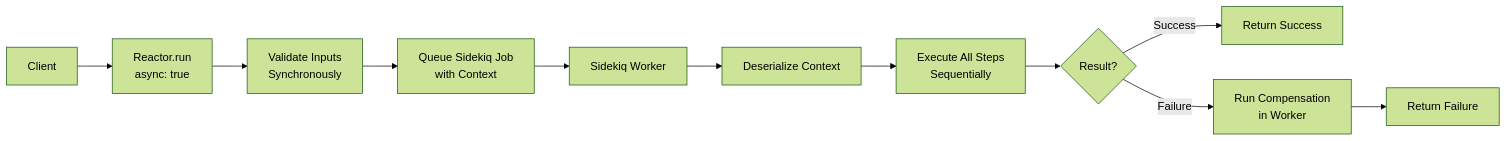
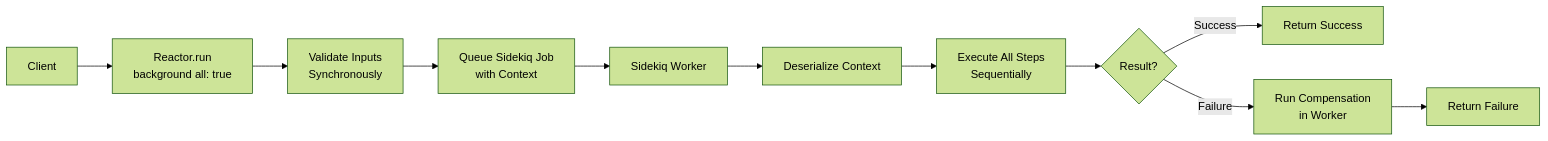
One commit to arturictus/ruby_reactor changed the first of 2 diagrams in documentation/async_reactors.md. Above: the diagram before and after it, drawn with Mermaid (forest theme). The commit also changed other lines of this file and 187 other files, not shown here.

First line of the commit message:
feat: Async steps and reactors, background DSL instead of `async` (#46)

````diff
--- a/documentation/async_reactors.md
+++ b/documentation/async_reactors.md
@@ -67,13 +67,13 @@
 ```mermaid
 graph LR
-    A[Client] --> B[Reactor.run<br/>async: true]
+    A[Client] --> B[Reactor.run<br/>background all: true]
     B --> C[Validate Inputs<br/>Synchronously]
     C --> D[Queue Sidekiq Job<br/>with Context]
     D --> E[Sidekiq Worker]
     E --> F[Deserialize Context]
     F --> G[Execute All Steps<br/>Sequentially]
     G --> H{Result?}
     H -->|Success| I[Return Success]
     H -->|Failure| J[Run Compensation<br/>in Worker]
     J --> K[Return Failure]
 ```
````
